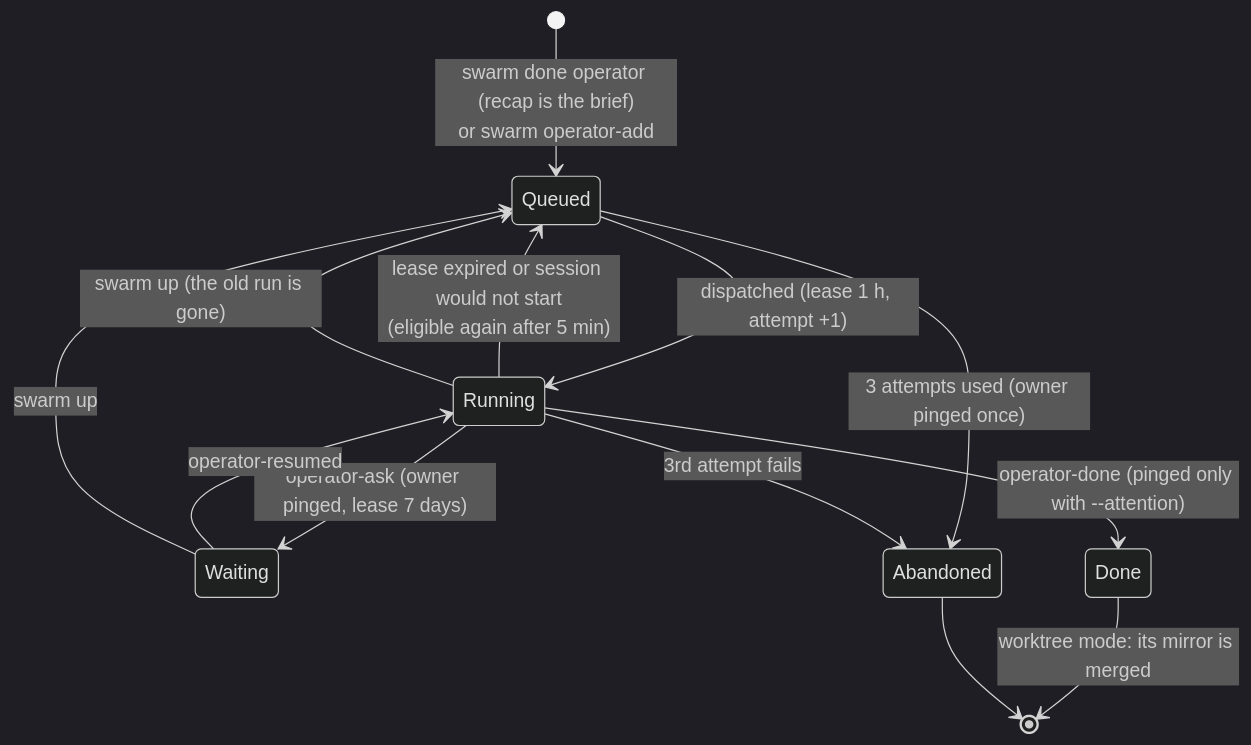
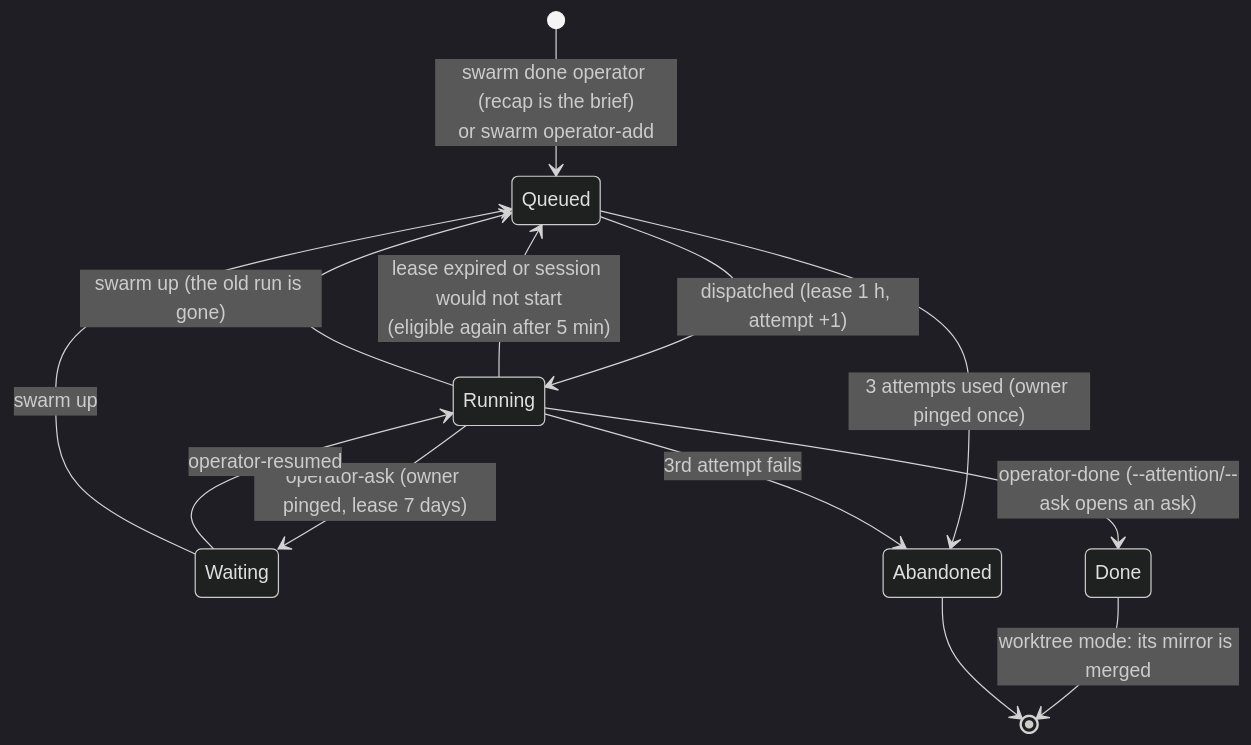
Before and after one commit to sezaiarda/swarm-orchestrator: the third of 5 diagrams in README.md, drawn with Mermaid (dark theme). The commit also changed other lines of this file and 13 other files, not shown here.

````diff
--- a/README.md
+++ b/README.md
@@ -267,16 +268,16 @@
 ```mermaid
 stateDiagram-v2
   direction TB
   [*] --> Queued: swarm done operator (recap is the brief)<br/>or swarm operator-add
   Queued --> Running: dispatched (lease 1 h, attempt +1)
   Running --> Waiting: operator-ask (owner pinged, lease 7 days)
   Waiting --> Running: operator-resumed
-  Running --> Done: operator-done (pinged only with --attention)
+  Running --> Done: operator-done (--attention/--ask opens an ask)
   Running --> Queued: lease expired or session would not start<br/>(eligible again after 5 min)
   Running --> Queued: swarm up (the old run is gone)
   Waiting --> Queued: swarm up
   Queued --> Abandoned: 3 attempts used (owner pinged once)
   Running --> Abandoned: 3rd attempt fails
   Done --> [*]: worktree mode: its mirror is merged
   Abandoned --> [*]
 ```
````
